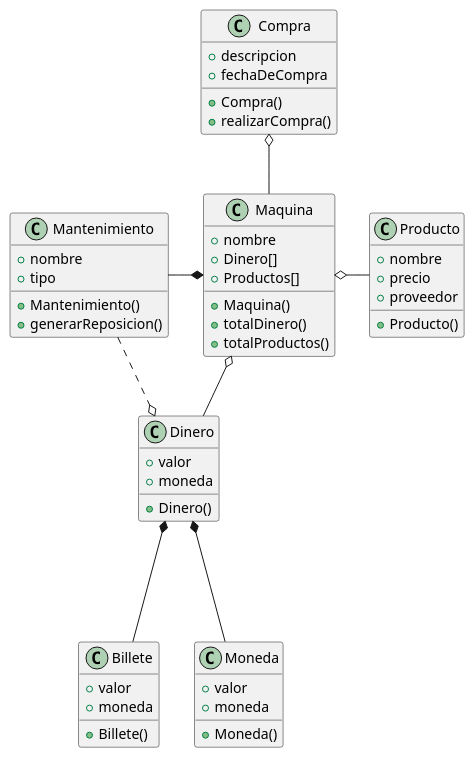
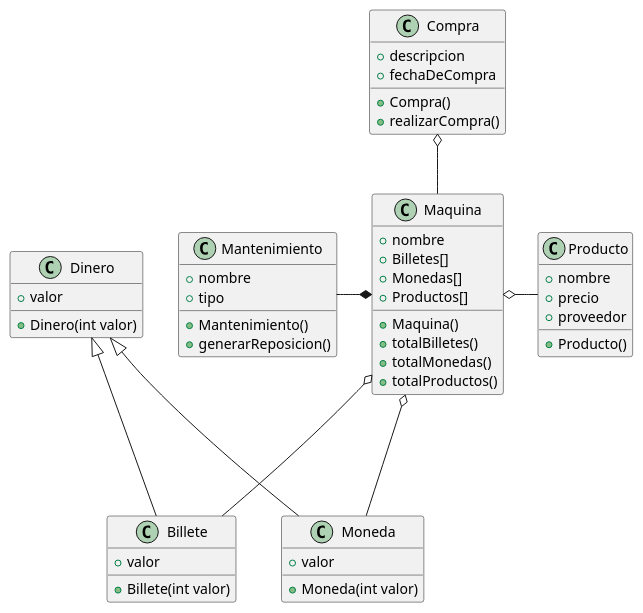
Before and after one commit to mmasias/IdSw2-22-23: the diagram in Grupo2/diagrama-de-clases/clases.plantuml, drawn with PlantUML. The commit also changed 4 other files, not shown here.

Commit message:
Creacion de las clases Billete y Moneda

```diff
--- a/Grupo2/diagrama-de-clases/clases.plantuml
+++ b/Grupo2/diagrama-de-clases/clases.plantuml
@@ -1,67 +1,66 @@
 @startuml modelo-de-dominio
 class Compra {
     + descripcion
     + fechaDeCompra
 
     + Compra()
     + realizarCompra()
 }
 
 class Maquina {
     + nombre
-    + Dinero[]
+    + Billetes[]
+    + Monedas[]
     + Productos[]
 
     + Maquina()
-    + totalDinero()
+    + totalBilletes()
+    + totalMonedas()
     + totalProductos()
 
 }
 
 class Billete {
     + valor
-    + moneda
 
-    + Billete()
+    + Billete(int valor)
 }
 
 class Moneda {
     + valor
-    + moneda
 
-    + Moneda()
+    + Moneda(int valor)
 }
 
 class Producto {
     + nombre
     + precio
     + proveedor
 
     + Producto()
 }
 
 class Dinero {
     + valor
-    + moneda
 
-    + Dinero()
+    + Dinero(int valor)
 }
 
 class Mantenimiento {
     + nombre
     + tipo
 
     + Mantenimiento()
     + generarReposicion()
 }
 
 Maquina -u-o Compra
 Maquina *--l Mantenimiento
-Maquina o-- Dinero
 Maquina o---r Producto
+Maquina o--- Billete
+Maquina o--- Moneda
 
-Dinero *--- Billete
-Dinero *--- Moneda
-Mantenimiento ...r.o Dinero
+Dinero <|--- Billete
+Dinero <|--- Moneda
 
 @enduml
```
